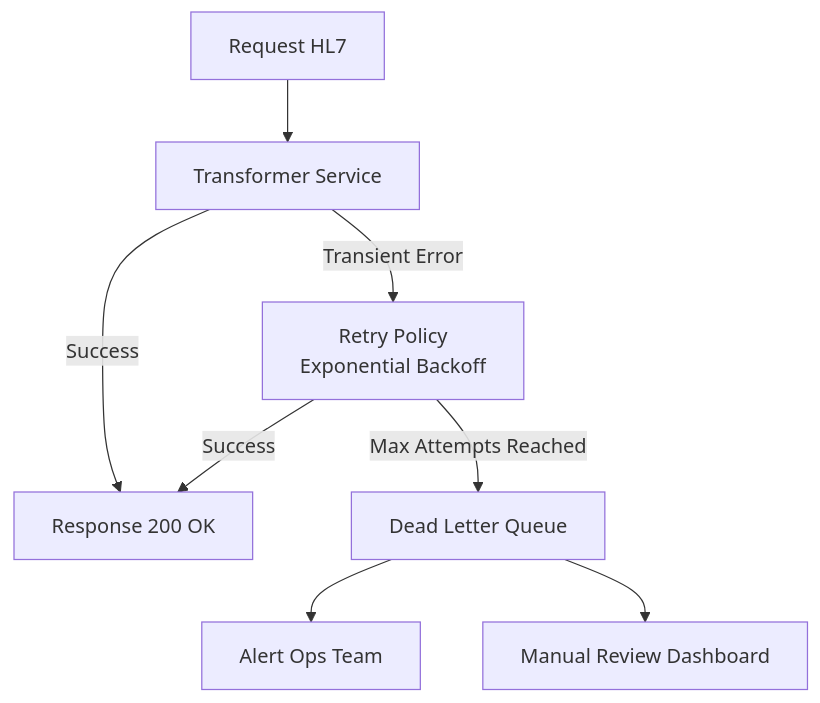
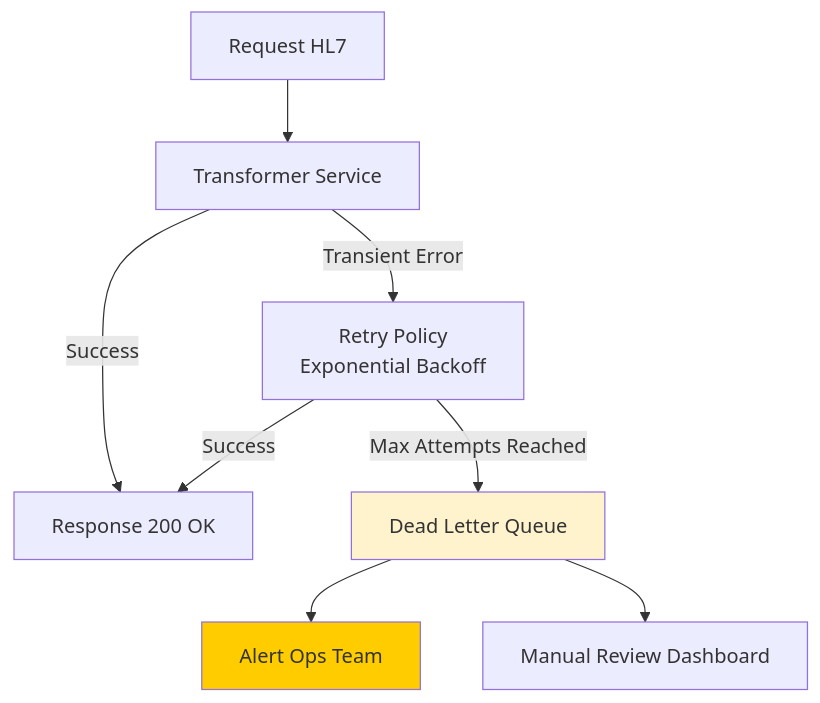
The third of 4 diagrams in 09_HealthTech/hapi_fhir_transformador_hl7_v2_a_fhir_bundle_java_21_STAFF.md (Joaquinriosheredia/DAM-Java-Mastery), drawn with Mermaid before and after one commit. The commit also changed other lines of this file, not shown here.

````diff
--- a/09_HealthTech/hapi_fhir_transformador_hl7_v2_a_fhir_bundle_java_21_STAFF.md
+++ b/09_HealthTech/hapi_fhir_transformador_hl7_v2_a_fhir_bundle_java_21_STAFF.md
@@ -242,10 +419,13 @@
 ```mermaid
 graph TD
     REQ[Request HL7] --> SVC[Transformer Service]
     SVC -->|Success| RESP[Response 200 OK]
-    SVC -->|Transient Error| RETRY[Retry Policy<br>Exponential Backoff]
+    SVC -->|Transient Error| RETRY[Retry Policy<br/>Exponential Backoff]
     RETRY -->|Success| RESP
     RETRY -->|Max Attempts Reached| DLQ[Dead Letter Queue]
     DLQ --> ALERT[Alert Ops Team]
     DLQ --> MANUAL[Manual Review Dashboard]
+    
+    style DLQ fill:#fff3cd
+    style ALERT fill:#ffcc00
 ```
````
